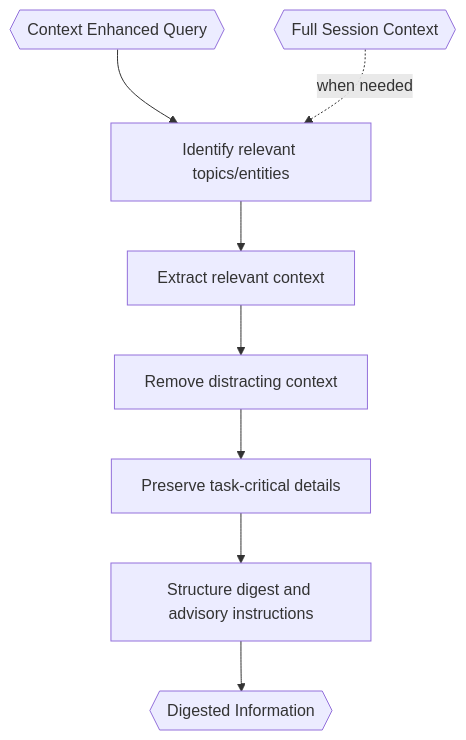
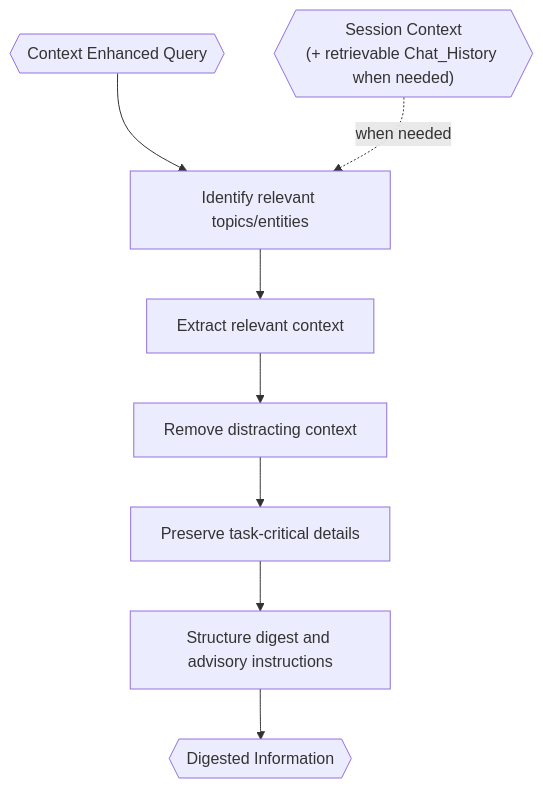
One commit to VJyzCELERY/TINYCUA changed the diagram in src/tinycua/docs/architecture/information-digestion.md. Above: the diagram before and after it, drawn with Mermaid. The commit also changed other lines of this file and 14 other files, not shown here.

Commit message:
docs(architecture): add session architecture model

````diff
--- a/src/tinycua/docs/architecture/information-digestion.md
+++ b/src/tinycua/docs/architecture/information-digestion.md
@@ -52,19 +56,19 @@
 ```mermaid
 flowchart TD
     CEQ{{"Context Enhanced Query"}}
-    FSC{{"Full Session Context"}}
+    FSC{{"Session Context\n(+ retrievable Chat_History when needed)"}}
     FOCUS["Identify relevant topics/entities"]
     EXTRACT["Extract relevant context"]
     FILTER["Remove distracting context"]
     PRESERVE["Preserve task-critical details"]
     STRUCTURE["Structure digest and advisory instructions"]
     DI{{"Digested Information"}}
 
     CEQ --> FOCUS
     FSC -. "when needed" .-> FOCUS
     FOCUS --> EXTRACT
     EXTRACT --> FILTER
     FILTER --> PRESERVE
     PRESERVE --> STRUCTURE
     STRUCTURE --> DI
 ```
````
